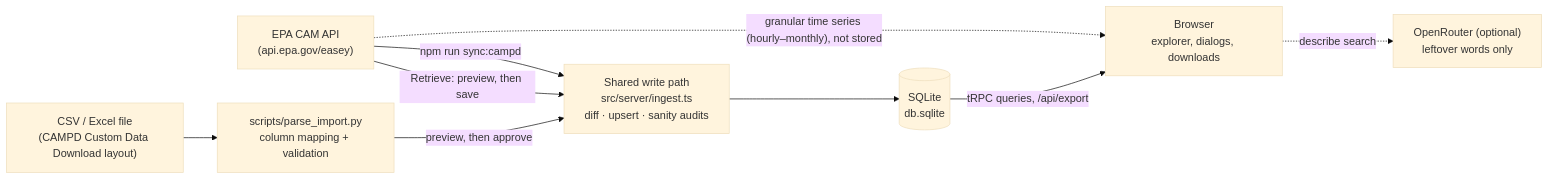
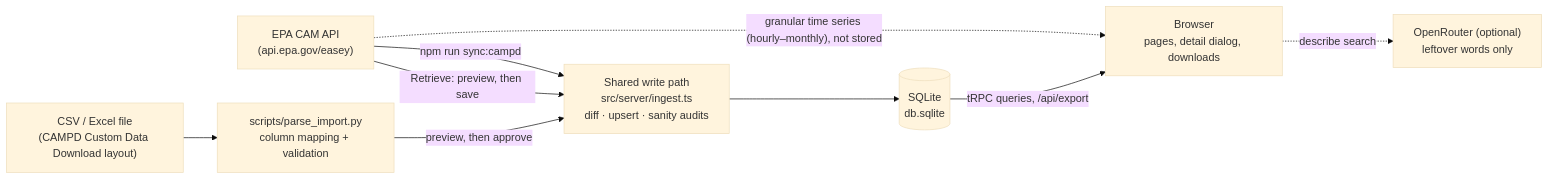
One commit to raajbanga/cs396-project changed the first of 2 diagrams in README.md. Above: the diagram before and after it, drawn with Mermaid (base theme). The commit also changed other lines of this file and 79 other files, not shown here.

````diff
--- a/README.md
+++ b/README.md
@@ -103,18 +106,18 @@
 ```mermaid
 flowchart LR
     EPA["EPA CAM API<br/>(api.epa.gov/easey)"]
     FILE["CSV / Excel file<br/>(CAMPD Custom Data Download layout)"]
     PY["scripts/parse_import.py<br/>column mapping + validation"]
     W["Shared write path<br/>src/server/ingest.ts<br/>diff · upsert · sanity audits"]
     DB[("SQLite<br/>db.sqlite")]
-    UI["Browser<br/>explorer, dialogs, downloads"]
+    UI["Browser<br/>pages, detail dialog, downloads"]
     LLM["OpenRouter (optional)<br/>leftover words only"]
 
     EPA -- "Retrieve: preview, then save" --> W
     EPA -- "npm run sync:campd" --> W
     FILE --> PY -- "preview, then approve" --> W
     W --> DB
     DB -- "tRPC queries, /api/export" --> UI
     EPA -. "granular time series (hourly–monthly), not stored" .-> UI
     UI -. "describe search" .-> LLM
 ```
````
